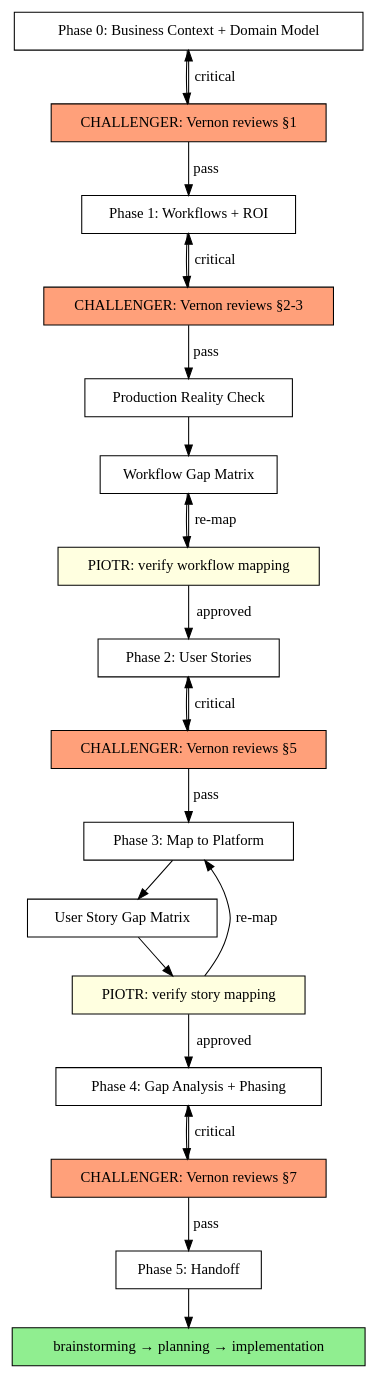
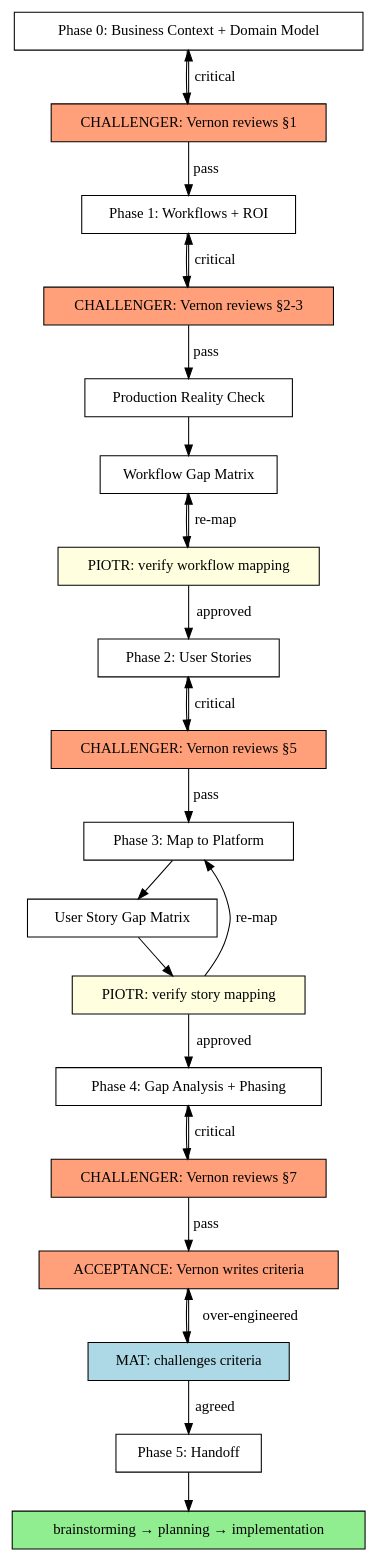
Before and after one commit to open-mercato/ready-app-oss-prm: the diagram in app-specs/skills/mat/SKILL.md, drawn with Graphviz. The commit also changed other lines of this file and 1 other file, not shown here.

First line of the commit message:
feat: acceptance criteria role reversal — Vernon writes, Mat challenges

````diff
--- a/app-specs/skills/mat/SKILL.md
+++ b/app-specs/skills/mat/SKILL.md
@@ -323,43 +346,49 @@
 ```dot
 digraph flow {
     rankdir=TB;
     "Phase 0: Business Context + Domain Model" [shape=box];
     "CHALLENGER: Vernon reviews §1" [shape=box style=filled fillcolor=lightsalmon];
     "Phase 1: Workflows + ROI" [shape=box];
     "CHALLENGER: Vernon reviews §2-3" [shape=box style=filled fillcolor=lightsalmon];
     "Production Reality Check" [shape=box];
     "Workflow Gap Matrix" [shape=box];
     "PIOTR: verify workflow mapping" [shape=box style=filled fillcolor=lightyellow];
     "Phase 2: User Stories" [shape=box];
     "CHALLENGER: Vernon reviews §5" [shape=box style=filled fillcolor=lightsalmon];
     "Phase 3: Map to Platform" [shape=box];
     "User Story Gap Matrix" [shape=box];
     "PIOTR: verify story mapping" [shape=box style=filled fillcolor=lightyellow];
     "Phase 4: Gap Analysis + Phasing" [shape=box];
     "CHALLENGER: Vernon reviews §7" [shape=box style=filled fillcolor=lightsalmon];
     "Phase 5: Handoff" [shape=box];
     "brainstorming → planning → implementation" [shape=box style=filled fillcolor=lightgreen];
 
     "Phase 0: Business Context + Domain Model" -> "CHALLENGER: Vernon reviews §1";
     "CHALLENGER: Vernon reviews §1" -> "Phase 1: Workflows + ROI" [label="pass"];
     "CHALLENGER: Vernon reviews §1" -> "Phase 0: Business Context + Domain Model" [label="critical"];
     "Phase 1: Workflows + ROI" -> "CHALLENGER: Vernon reviews §2-3";
     "CHALLENGER: Vernon reviews §2-3" -> "Production Reality Check" [label="pass"];
     "CHALLENGER: Vernon reviews §2-3" -> "Phase 1: Workflows + ROI" [label="critical"];
     "Production Reality Check" -> "Workflow Gap Matrix";
     "Workflow Gap Matrix" -> "PIOTR: verify workflow mapping";
     "PIOTR: verify workflow mapping" -> "Phase 2: User Stories" [label="approved"];
     "PIOTR: verify workflow mapping" -> "Workflow Gap Matrix" [label="re-map"];
     "Phase 2: User Stories" -> "CHALLENGER: Vernon reviews §5";
     "CHALLENGER: Vernon reviews §5" -> "Phase 3: Map to Platform" [label="pass"];
     "CHALLENGER: Vernon reviews §5" -> "Phase 2: User Stories" [label="critical"];
     "Phase 3: Map to Platform" -> "User Story Gap Matrix";
     "User Story Gap Matrix" -> "PIOTR: verify story mapping";
     "PIOTR: verify story mapping" -> "Phase 4: Gap Analysis + Phasing" [label="approved"];
     "PIOTR: verify story mapping" -> "Phase 3: Map to Platform" [label="re-map"];
     "Phase 4: Gap Analysis + Phasing" -> "CHALLENGER: Vernon reviews §7";
-    "CHALLENGER: Vernon reviews §7" -> "Phase 5: Handoff" [label="pass"];
+    "CHALLENGER: Vernon reviews §7" -> "ACCEPTANCE: Vernon writes criteria" [label="pass"];
     "CHALLENGER: Vernon reviews §7" -> "Phase 4: Gap Analysis + Phasing" [label="critical"];
+    "ACCEPTANCE: Vernon writes criteria" -> "MAT: challenges criteria";
+    "MAT: challenges criteria" -> "Phase 5: Handoff" [label="agreed"];
+    "MAT: challenges criteria" -> "ACCEPTANCE: Vernon writes criteria" [label="over-engineered"];
     "Phase 5: Handoff" -> "brainstorming → planning → implementation";
+
+    "ACCEPTANCE: Vernon writes criteria" [shape=box style=filled fillcolor=lightsalmon];
+    "MAT: challenges criteria" [shape=box style=filled fillcolor=lightblue];
 }
 ```
````
